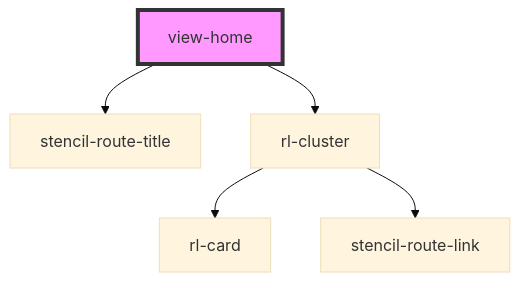
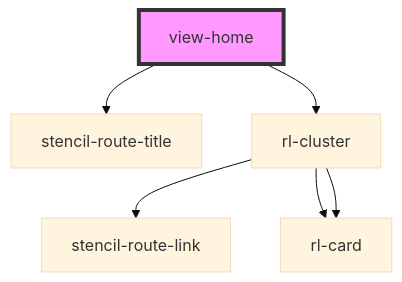
One commit to torontomulibrary/building-info-system changed the diagram in src/views/view-home/readme.md. Above: the diagram before and after it, drawn with Mermaid (base theme). The commit also changed other lines of this file and 7 other files, not shown here.

````diff
--- a/src/views/view-home/readme.md
+++ b/src/views/view-home/readme.md
@@ -24,8 +26,9 @@
 ```mermaid
 graph TD;
   view-home --> stencil-route-title
   view-home --> rl-cluster
+  rl-cluster --> stencil-route-link
   rl-cluster --> rl-card
-  rl-cluster --> stencil-route-link
+  rl-cluster --> rl-card
   style view-home fill:#f9f,stroke:#333,stroke-width:4px
 ```
````
